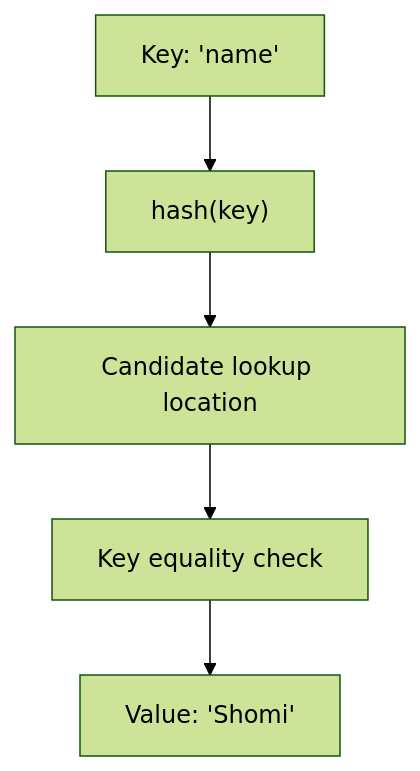
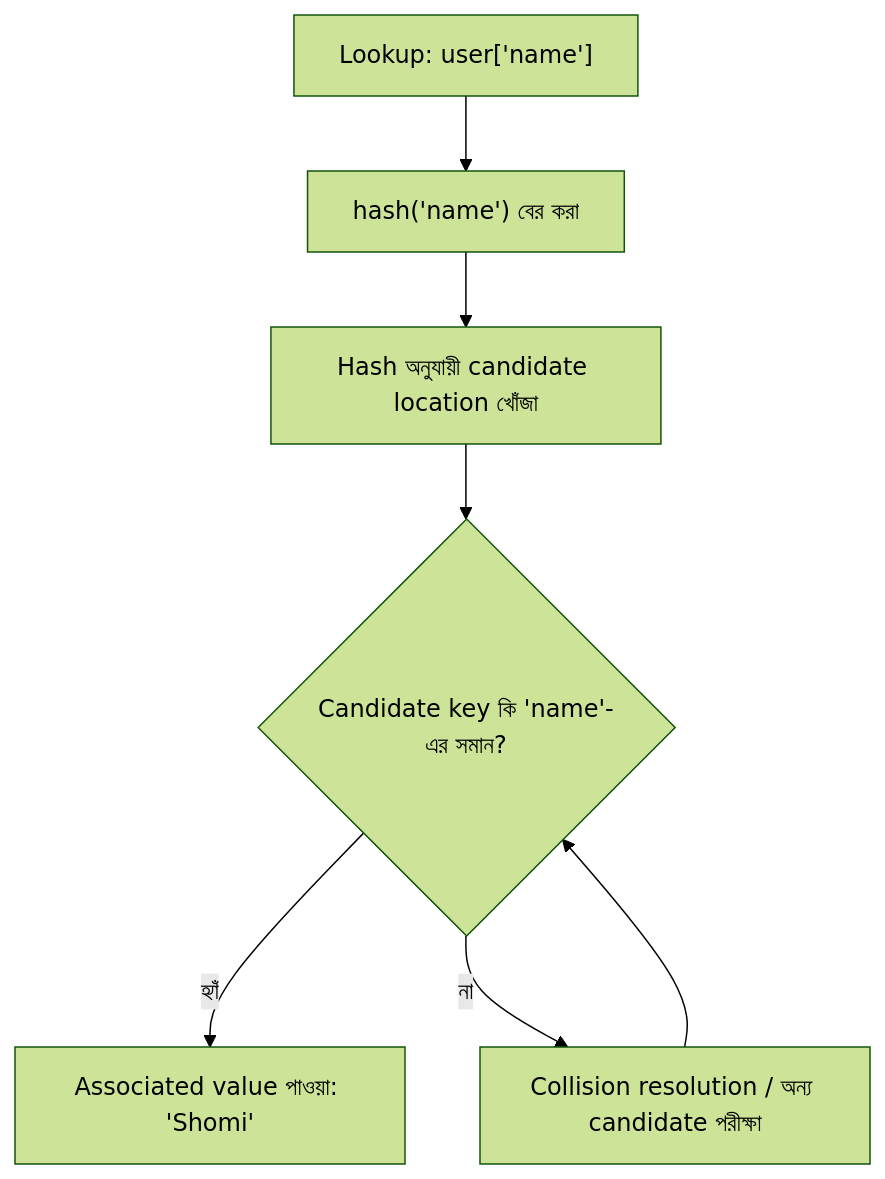
Before and after one commit to shomi-khan/preparation: the tenth of 16 diagrams in day1/01-python-fundamentals/README.md, drawn with Mermaid (forest theme). The commit also changed other lines of this file, not shown here.

```diff
--- a/day1/01-python-fundamentals/README.md
+++ b/day1/01-python-fundamentals/README.md
@@ -354,7 +374,9 @@
 ~~~mermaid
 flowchart TD
-    A["Key: 'name'"] --> B["hash(key)"]
-    B --> C["Candidate lookup location"]
-    C --> D["Key equality check"]
-    D --> E["Value: 'Shomi'"]
+    A["Lookup: user['name']"] --> B["hash('name') বের করা"]
+    B --> C["Hash অনুযায়ী candidate location খোঁজা"]
+    C --> D{"Candidate key কি 'name'-এর সমান?"}
+    D -->|হ্যাঁ| E["Associated value পাওয়া: 'Shomi'"]
+    D -->|না| F["Collision resolution / অন্য candidate পরীক্ষা"]
+    F --> D
 ~~~
```
